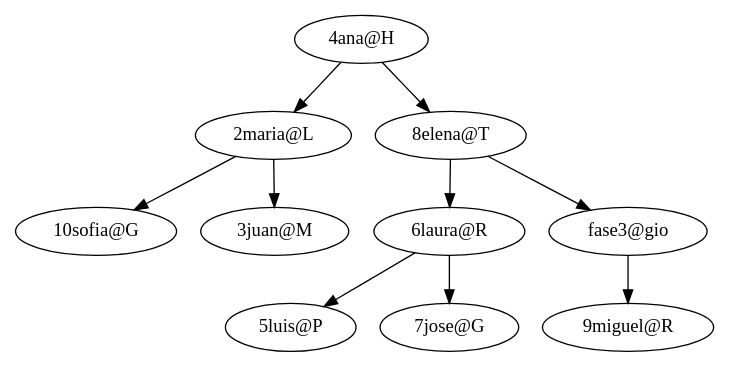
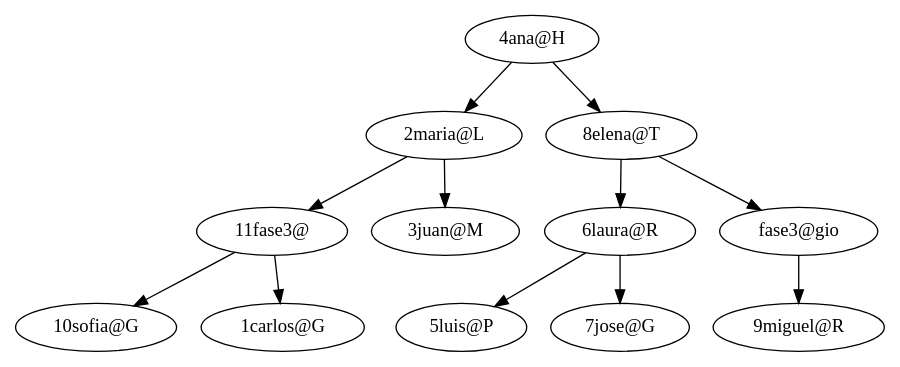
The diagram in fase3/usuarios/reportesAVL.dot (Ggi0/-EDD-Proyecto_202100229), drawn with Graphviz before and after one commit. The commit also changed 17 other files, not shown here.

```diff
--- a/fase3/usuarios/reportesAVL.dot
+++ b/fase3/usuarios/reportesAVL.dot
@@ -1,21 +1,25 @@
 digraph G {
-Nodo0x7fd31b527940[label = "4ana@H"]
-Nodo0x7fd31b527940->Nodo0x7fd320d12670
-Nodo0x7fd31b527940->Nodo0x7fd320d15370
-Nodo0x7fd320d12670[label = "2maria@L"]
-Nodo0x7fd320d12670->Nodo0x7fd320f26650
-Nodo0x7fd320d12670->Nodo0x7fd320d0a550
-Nodo0x7fd320f26650[label = "10sofia@G"]
-Nodo0x7fd320d0a550[label = "3juan@M"]
-Nodo0x7fd320d15370[label = "8elena@T"]
-Nodo0x7fd320d15370->Nodo0x7fd320d07300
-Nodo0x7fd320d15370->Nodo0x7fd320d09390
-Nodo0x7fd320d07300[label = "6laura@R"]
-Nodo0x7fd320d07300->Nodo0x7fd31b5273e0
-Nodo0x7fd320d07300->Nodo0x7fd320d0a8b0
-Nodo0x7fd31b5273e0[label = "5luis@P"]
-Nodo0x7fd320d0a8b0[label = "7jose@G"]
-Nodo0x7fd320d09390[label = "fase3@gio"]
-Nodo0x7fd320d09390->Nodo0x7fd320d0a720
-Nodo0x7fd320d0a720[label = "9miguel@R"]
+Nodo0x7fab75667690[label = "4ana@H"]
+Nodo0x7fab75667690->Nodo0x7fab7565d7b0
+Nodo0x7fab75667690->Nodo0x7fab7565c010
+Nodo0x7fab7565d7b0[label = "2maria@L"]
+Nodo0x7fab7565d7b0->Nodo0x7fab75665100
+Nodo0x7fab7565d7b0->Nodo0x7fab7561cd40
+Nodo0x7fab75665100[label = "11fase3@"]
+Nodo0x7fab75665100->Nodo0x7fab75663250
+Nodo0x7fab75665100->Nodo0x7fab756717e0
+Nodo0x7fab75663250[label = "10sofia@G"]
+Nodo0x7fab756717e0[label = "1carlos@G"]
+Nodo0x7fab7561cd40[label = "3juan@M"]
+Nodo0x7fab7565c010[label = "8elena@T"]
+Nodo0x7fab7565c010->Nodo0x7fab75658040
+Nodo0x7fab7565c010->Nodo0x7fab7565d630
+Nodo0x7fab75658040[label = "6laura@R"]
+Nodo0x7fab75658040->Nodo0x7fab756705c0
+Nodo0x7fab75658040->Nodo0x7fab75663750
+Nodo0x7fab756705c0[label = "5luis@P"]
+Nodo0x7fab75663750[label = "7jose@G"]
+Nodo0x7fab7565d630[label = "fase3@gio"]
+Nodo0x7fab7565d630->Nodo0x7fab75665030
+Nodo0x7fab75665030[label = "9miguel@R"]
 }
```
